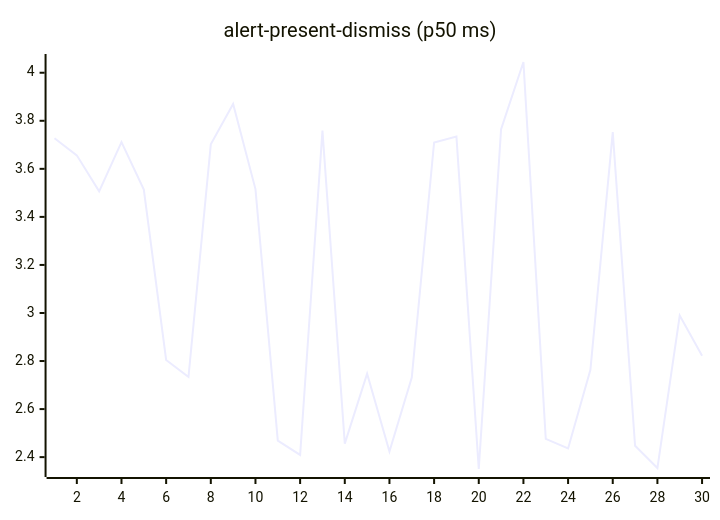
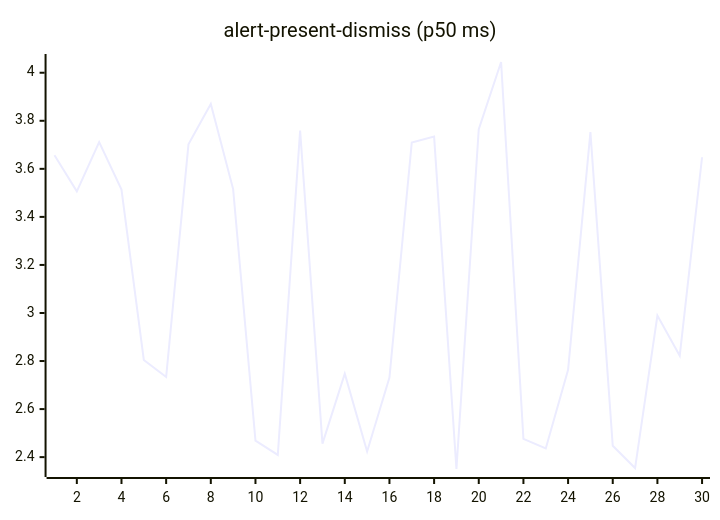
The second of 27 diagrams in README.md (josha/Facet), drawn with Mermaid before and after one commit. The commit also changed other lines of this file and 2 other files, not shown here.

````diff
--- a/README.md
+++ b/README.md
@@ -70,6 +70,6 @@
 ```mermaid
 xychart-beta
     title "alert-present-dismiss (p50 ms)"
     x-axis 1 --> 30
-    line [3.7273, 3.6562, 3.5064, 3.7112, 3.5136, 2.8044, 2.7337, 3.7022, 3.8703, 3.5157, 2.4688, 2.4093, 3.7592, 2.4564, 2.7475, 2.4232, 2.7312, 3.7096, 3.7340, 2.3506, 3.7650, 4.0447, 2.4759, 2.4363, 2.7635, 3.7527, 2.4474, 2.3546, 2.9892, 2.8222]
+    line [3.6562, 3.5064, 3.7112, 3.5136, 2.8044, 2.7337, 3.7022, 3.8703, 3.5157, 2.4688, 2.4093, 3.7592, 2.4564, 2.7475, 2.4232, 2.7312, 3.7096, 3.7340, 2.3506, 3.7650, 4.0447, 2.4759, 2.4363, 2.7635, 3.7527, 2.4474, 2.3546, 2.9892, 2.8222, 3.6482]
 ```
````
